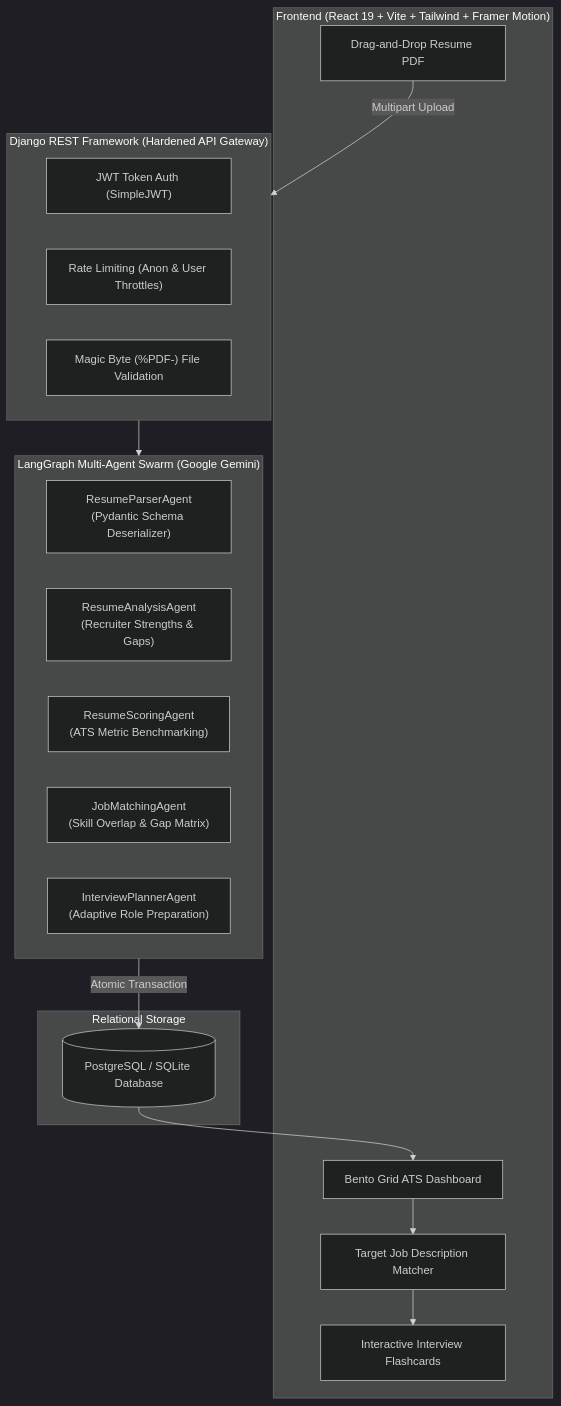
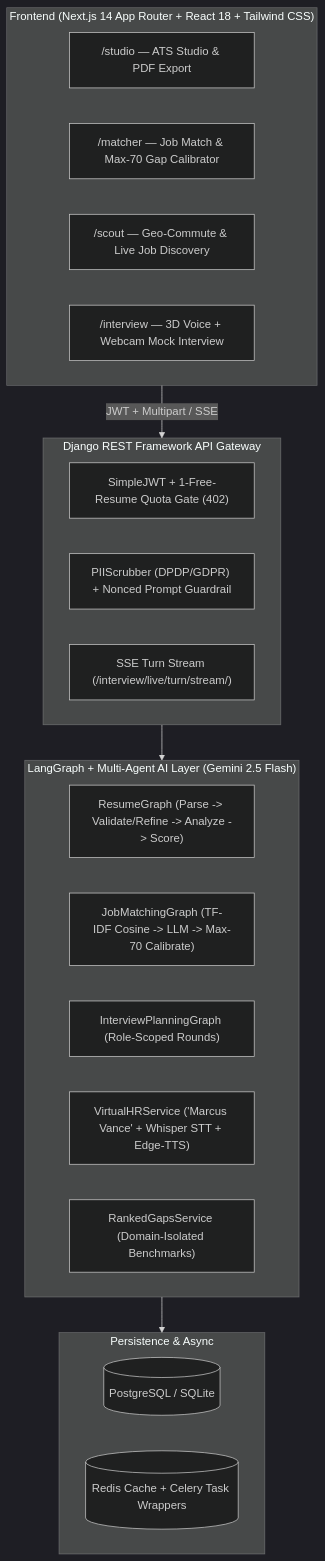
Before and after one commit to Bhavesh-Tirgar/Agentic-Resume-AI: the diagram in README.md, drawn with Mermaid (dark theme). The commit also changed other lines of this file, not shown here.

Commit message:
docs: rewrite README with accurate agents, graphs, ATS formula, quota gate, and stack

````diff
--- a/README.md
+++ b/README.md
@@ -31,33 +22,32 @@
 ```mermaid
 flowchart TD
-    subgraph Client ["Frontend (React 19 + Vite + Tailwind + Framer Motion)"]
-        UI_Drop["Drag-and-Drop Resume PDF"]
-        UI_Bento["Bento Grid ATS Dashboard"]
-        UI_Match["Target Job Description Matcher"]
-        UI_Deck["Interactive Interview Flashcards"]
+    subgraph Client ["Frontend (Next.js 14 App Router + React 18 + Tailwind CSS)"]
+        UI_Studio["/studio — ATS Studio & PDF Export"]
+        UI_Match["/matcher — Job Match & Max-70 Gap Calibrator"]
+        UI_Scout["/scout — Geo-Commute & Live Job Discovery"]
+        UI_HR["/interview — 3D Voice + Webcam Mock Interview"]
     end
 
-    subgraph Gateway ["Django REST Framework (Hardened API Gateway)"]
-        GW_Auth["JWT Token Auth (SimpleJWT)"]
-        GW_Throttle["Rate Limiting (Anon & User Throttles)"]
-        GW_Security["Magic Byte (%PDF-) File Validation"]
+    subgraph API ["Django REST Framework API Gateway"]
+        Auth["SimpleJWT + 1-Free-Resume Quota Gate (402)"]
+        Security["PIIScrubber (DPDP/GDPR) + Nonced Prompt Guardrail"]
+        SSE["SSE Turn Stream (/interview/live/turn/stream/)"]
     end
 
-    subgraph MultiAgent ["LangGraph Multi-Agent Swarm (Google Gemini)"]
-        A_Parse["ResumeParserAgent<br/>(Pydantic Schema Deserializer)"]
-        A_Analyze["ResumeAnalysisAgent<br/>(Recruiter Strengths & Gaps)"]
-        A_Score["ResumeScoringAgent<br/>(ATS Metric Benchmarking)"]
-        A_Match["JobMatchingAgent<br/>(Skill Overlap & Gap Matrix)"]
-        A_Interview["InterviewPlannerAgent<br/>(Adaptive Role Preparation)"]
+    subgraph Orchestration ["LangGraph + Multi-Agent AI Layer (Gemini 2.5 Flash)"]
+        G_Resume["ResumeGraph (Parse -> Validate/Refine -> Analyze -> Score)"]
+        G_Match["JobMatchingGraph (TF-IDF Cosine -> LLM -> Max-70 Calibrate)"]
+        G_Plan["InterviewPlanningGraph (Role-Scoped Rounds)"]
+        VHR["VirtualHRService ('Marcus Vance' + Whisper STT + Edge-TTS)"]
+        Gaps["RankedGapsService (Domain-Isolated Benchmarks)"]
     end
 
-    subgraph Persistence ["Relational Storage"]
-        DB[(PostgreSQL / SQLite Database)]
+    subgraph Storage ["Persistence & Async"]
+        DB[(PostgreSQL / SQLite)]
+        Cache[(Redis Cache + Celery Task Wrappers)]
     end
 
-    UI_Drop -->|Multipart Upload| Gateway
-    Gateway --> MultiAgent
-    MultiAgent -->|Atomic Transaction| DB
-    DB --> UI_Bento
-    UI_Bento --> UI_Match --> UI_Deck
+    Client -->|JWT + Multipart / SSE| API
+    API --> Orchestration
+    Orchestration --> Storage
 ```
````
